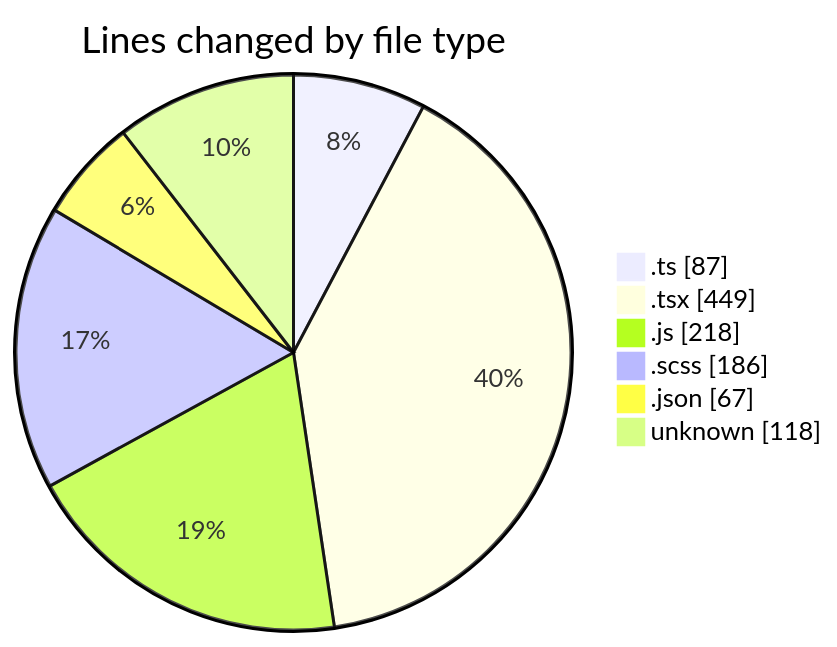
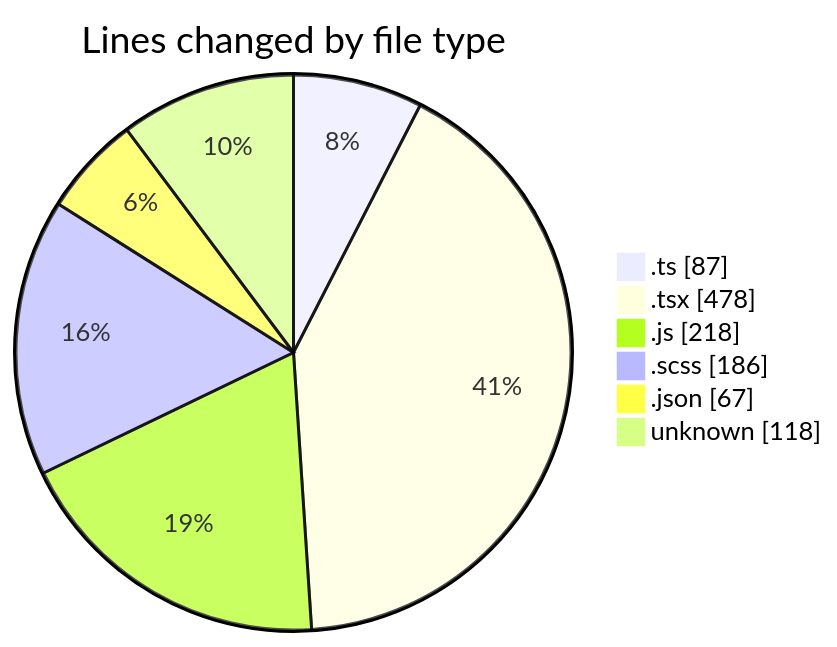
The first of 2 diagrams in 2026-05-08/cda/README.md (momahboobian/code-tracking), drawn with Mermaid before and after one commit. The commit also changed other lines of this file and 1 other file, not shown here.

````diff
--- a/2026-05-08/cda/README.md
+++ b/2026-05-08/cda/README.md
@@ -34,10 +35,10 @@
 ```mermaid
 pie showData
 title Lines changed by file type
 ".ts" : 87
-".tsx" : 449
+".tsx" : 478
 ".js" : 218
 ".scss" : 186
 ".json" : 67
 "unknown" : 118
 ```
````
